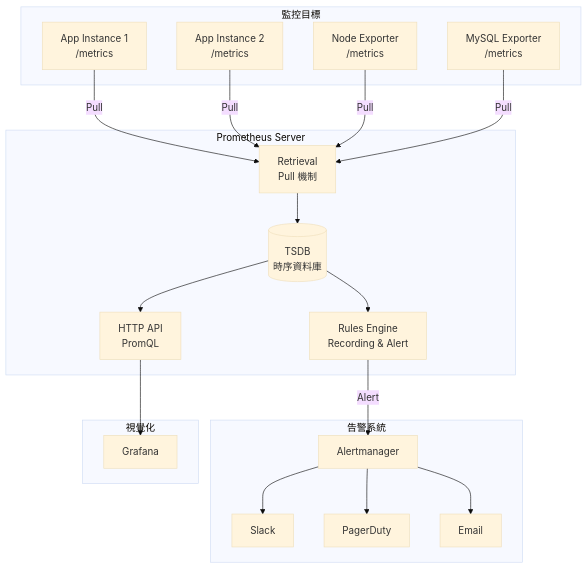
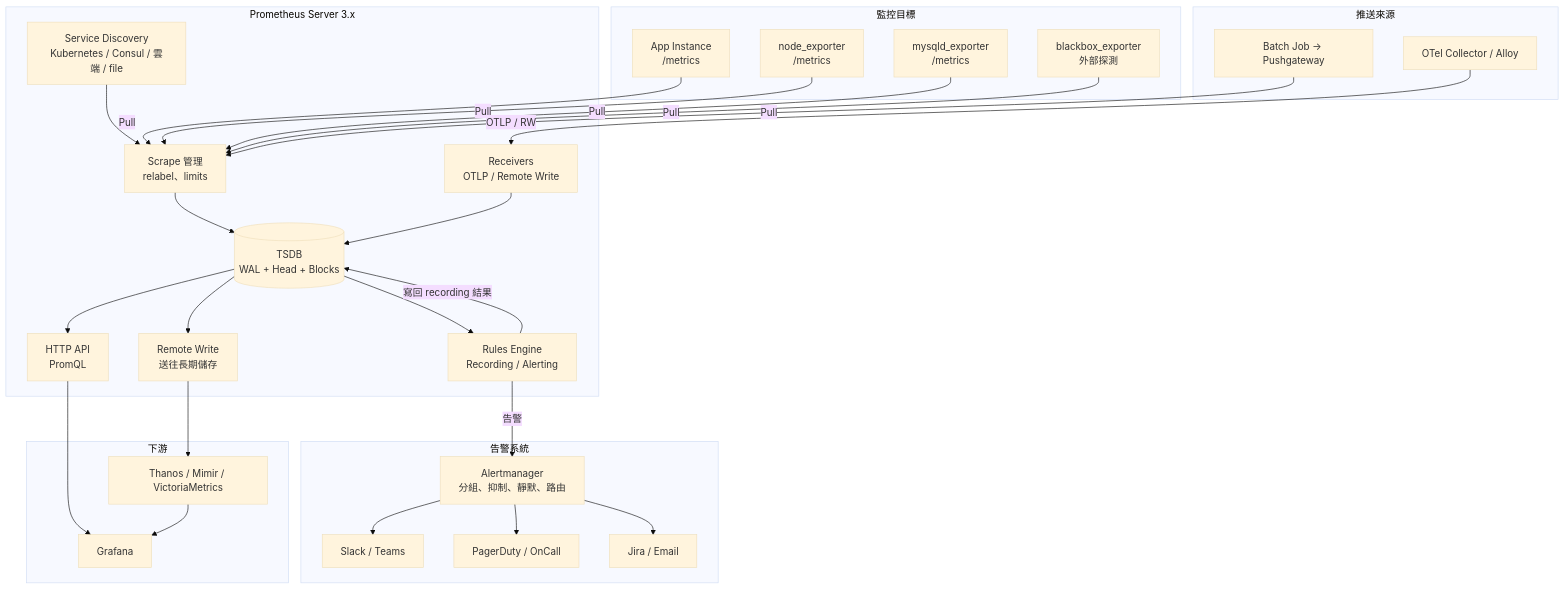
One commit to chihhung/Blog changed the eighth of 28 diagrams in content/posts/教學/工具/Metrics Visualization 教學手冊.md. Above: the diagram before and after it, drawn with Mermaid (base theme). The commit also changed other lines of this file and 8 other files, not shown here.

````diff
--- a/content/posts/教學/工具/Metrics Visualization 教學手冊.md
+++ b/content/posts/教學/工具/Metrics Visualization 教學手冊.md
@@ -295,42 +630,59 @@
 ```mermaid
 flowchart TB
     subgraph Targets["監控目標"]
-        App1[App Instance 1<br/>/metrics]
-        App2[App Instance 2<br/>/metrics]
-        Node[Node Exporter<br/>/metrics]
-        DB[MySQL Exporter<br/>/metrics]
+        App1["App Instance<br/>/metrics"]
+        Node["node_exporter<br/>/metrics"]
+        DB["mysqld_exporter<br/>/metrics"]
+        BB["blackbox_exporter<br/>外部探測"]
     end
-    
-    subgraph Prometheus["Prometheus Server"]
-        Retrieval[Retrieval<br/>Pull 機制]
-        TSDB[(TSDB<br/>時序資料庫)]
-        Rules[Rules Engine<br/>Recording & Alert]
-        HTTP[HTTP API<br/>PromQL]
+
+    subgraph Push["推送來源"]
+        OTel["OTel Collector / Alloy"]
+        Batch["Batch Job → Pushgateway"]
     end
-    
+
+    subgraph Prometheus["Prometheus Server 3.x"]
+        SD["Service Discovery<br/>Kubernetes / Consul / 雲端 / file"]
+        Retrieval["Scrape 管理<br/>relabel、limits"]
+        Recv["Receivers<br/>OTLP / Remote Write"]
+        TSDB[("TSDB<br/>WAL + Head + Blocks")]
+        Rules["Rules Engine<br/>Recording / Alerting"]
+        API["HTTP API<br/>PromQL"]
+        RW["Remote Write<br/>送往長期儲存"]
+    end
+
     subgraph Alerting["告警系統"]
-        AM[Alertmanager]
-        Slack[Slack]
-        PD[PagerDuty]
-        Email[Email]
+        AM["Alertmanager<br/>分組、抑制、靜默、路由"]
+        Chat["Slack / Teams"]
+        Page["PagerDuty / OnCall"]
+        Ticket["Jira / Email"]
     end
-    
-    subgraph Visualization["視覺化"]
-        Grafana[Grafana]
+
+    subgraph Downstream["下游"]
+        Grafana["Grafana"]
+        LTS["Thanos / Mimir / VictoriaMetrics"]
     end
-    
-    App1 -->|Pull| Retrieval
-    App2 -->|Pull| Retrieval
-    Node -->|Pull| Retrieval
-    DB -->|Pull| Retrieval
-    
+
+    SD --> Retrieval
+    App1 -->|"Pull"| Retrieval
+    Node -->|"Pull"| Retrieval
+    DB -->|"Pull"| Retrieval
+    BB -->|"Pull"| Retrieval
+    Batch -->|"Pull"| Retrieval
+    OTel -->|"OTLP / RW"| Recv
+
     Retrieval --> TSDB
+    Recv --> TSDB
     TSDB --> Rules
-    Rules -->|Alert| AM
-    AM --> Slack
-    AM --> PD
-    AM --> Email
-    
-    TSDB --> HTTP
-    HTTP --> Grafana
+    Rules -->|"寫回 recording 結果"| TSDB
+    Rules -->|"告警"| AM
+    AM --> Chat
+    AM --> Page
+    AM --> Ticket
+
+    TSDB --> API
+    API --> Grafana
+    TSDB --> RW
+    RW --> LTS
+    LTS --> Grafana
 ```
````
